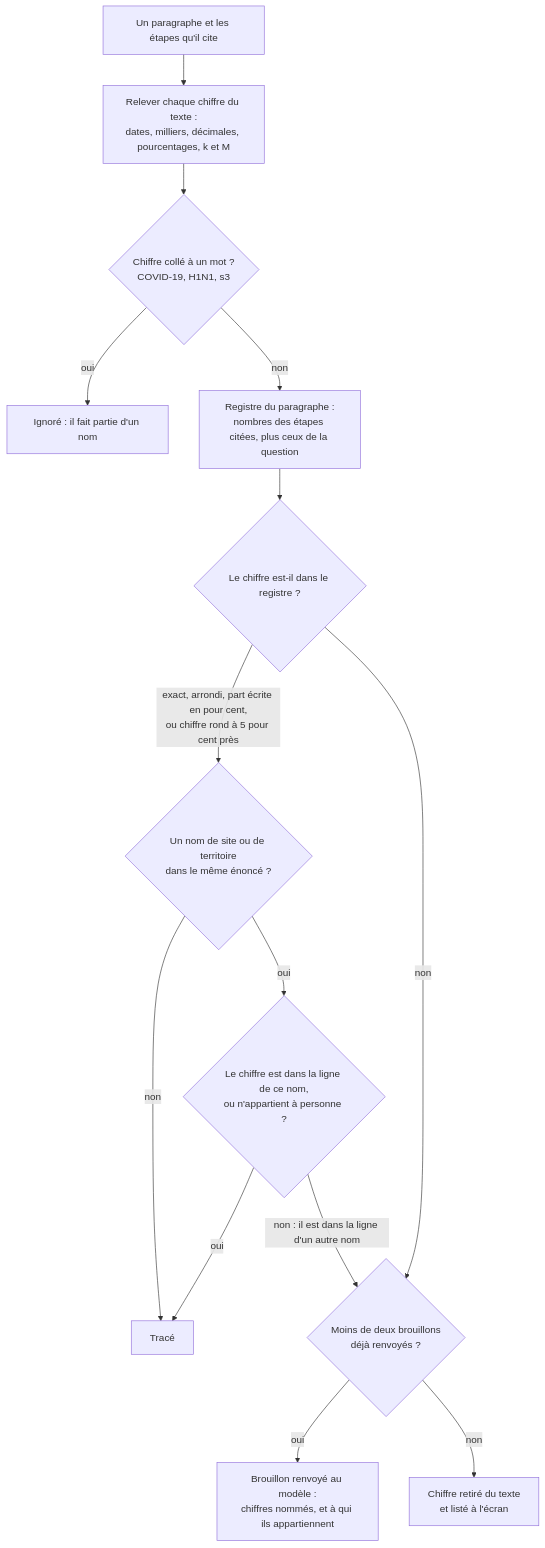
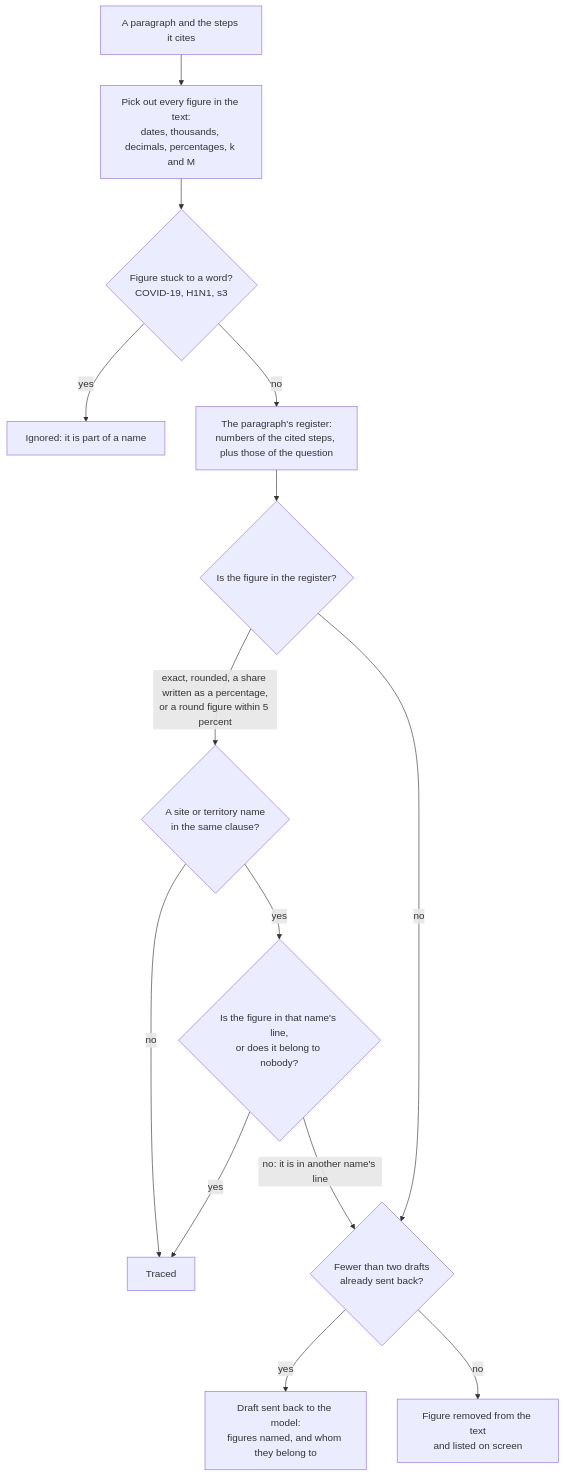
The second of 30 diagrams in frontend/content/docs/product/algorithms.md (V1ktor7/obscyro), drawn with Mermaid before and after one commit. The commit also changed other lines of this file and 15 other files, not shown here.

First line of the commit message:
feat(site): les pages produit du site passent en anglais

````diff
--- a/frontend/content/docs/product/algorithms.md
+++ b/frontend/content/docs/product/algorithms.md
@@ -123,16 +124,16 @@
 ```mermaid
 flowchart TD
-    A["Un paragraphe et les étapes qu'il cite"] --> B["Relever chaque chiffre du texte :<br/>dates, milliers, décimales, pourcentages, k et M"]
-    B --> C{"Chiffre collé à un mot ?<br/>COVID-19, H1N1, s3"}
-    C -->|"oui"| D["Ignoré : il fait partie d'un nom"]
-    C -->|"non"| E["Registre du paragraphe :<br/>nombres des étapes citées, plus ceux de la question"]
-    E --> F{"Le chiffre est-il dans le registre ?"}
-    F -->|"exact, arrondi, part écrite en pour cent,<br/>ou chiffre rond à 5 pour cent près"| K{"Un nom de site ou de territoire<br/>dans le même énoncé ?"}
-    K -->|"non"| G["Tracé"]
-    K -->|"oui"| L{"Le chiffre est dans la ligne de ce nom,<br/>ou n'appartient à personne ?"}
-    L -->|"oui"| G
-    L -->|"non : il est dans la ligne d'un autre nom"| H{"Moins de deux brouillons<br/>déjà renvoyés ?"}
-    F -->|"non"| H
-    H -->|"oui"| I["Brouillon renvoyé au modèle :<br/>chiffres nommés, et à qui ils appartiennent"]
-    H -->|"non"| J["Chiffre retiré du texte<br/>et listé à l'écran"]
+    A["A paragraph and the steps it cites"] --> B["Pick out every figure in the text:<br/>dates, thousands, decimals, percentages, k and M"]
+    B --> C{"Figure stuck to a word?<br/>COVID-19, H1N1, s3"}
+    C -->|"yes"| D["Ignored: it is part of a name"]
+    C -->|"no"| E["The paragraph's register:<br/>numbers of the cited steps, plus those of the question"]
+    E --> F{"Is the figure in the register?"}
+    F -->|"exact, rounded, a share written as a percentage,<br/>or a round figure within 5 percent"| K{"A site or territory name<br/>in the same clause?"}
+    K -->|"no"| G["Traced"]
+    K -->|"yes"| L{"Is the figure in that name's line,<br/>or does it belong to nobody?"}
+    L -->|"yes"| G
+    L -->|"no: it is in another name's line"| H{"Fewer than two drafts<br/>already sent back?"}
+    F -->|"no"| H
+    H -->|"yes"| I["Draft sent back to the model:<br/>figures named, and whom they belong to"]
+    H -->|"no"| J["Figure removed from the text<br/>and listed on screen"]
 ```
````
